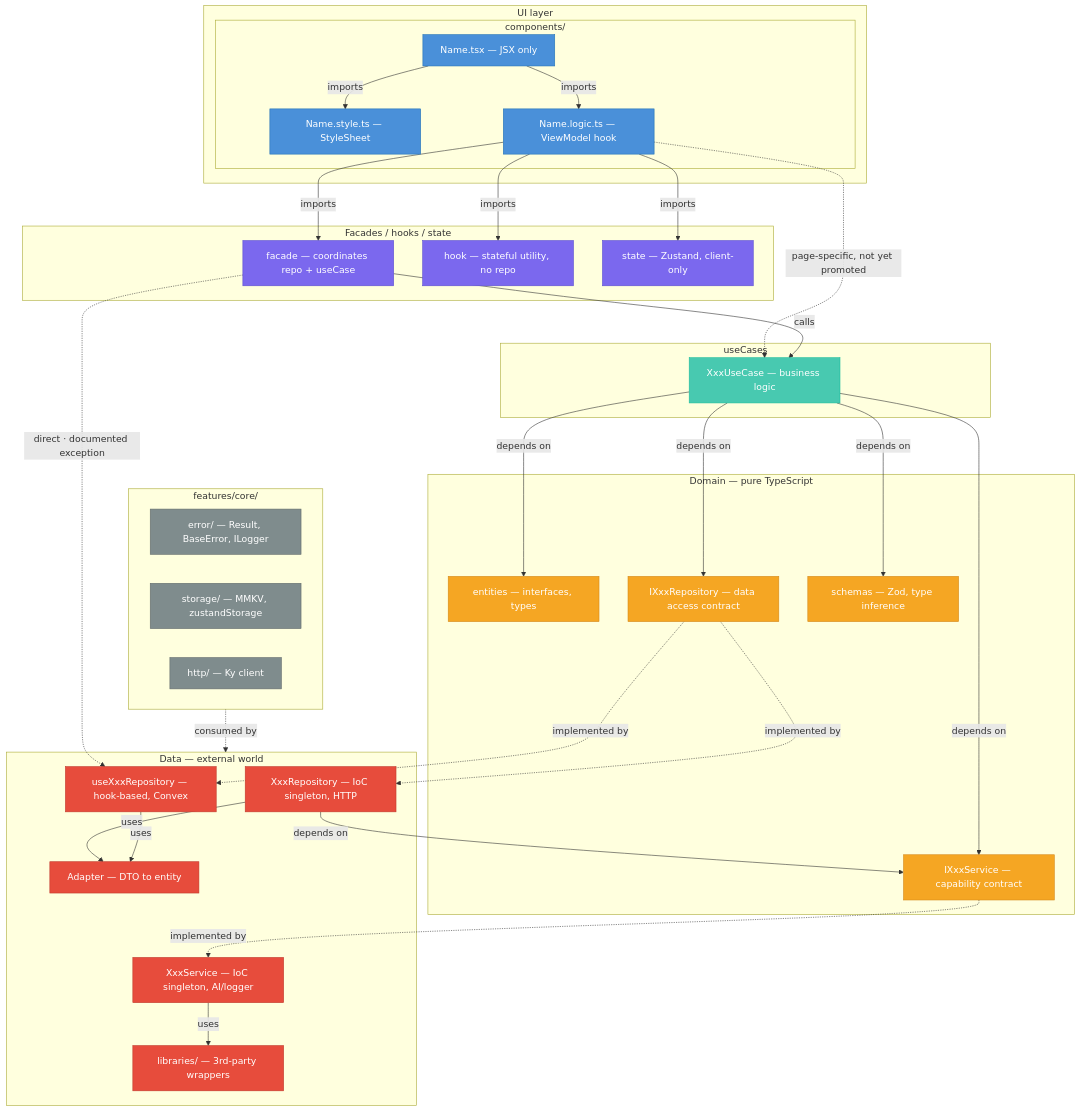
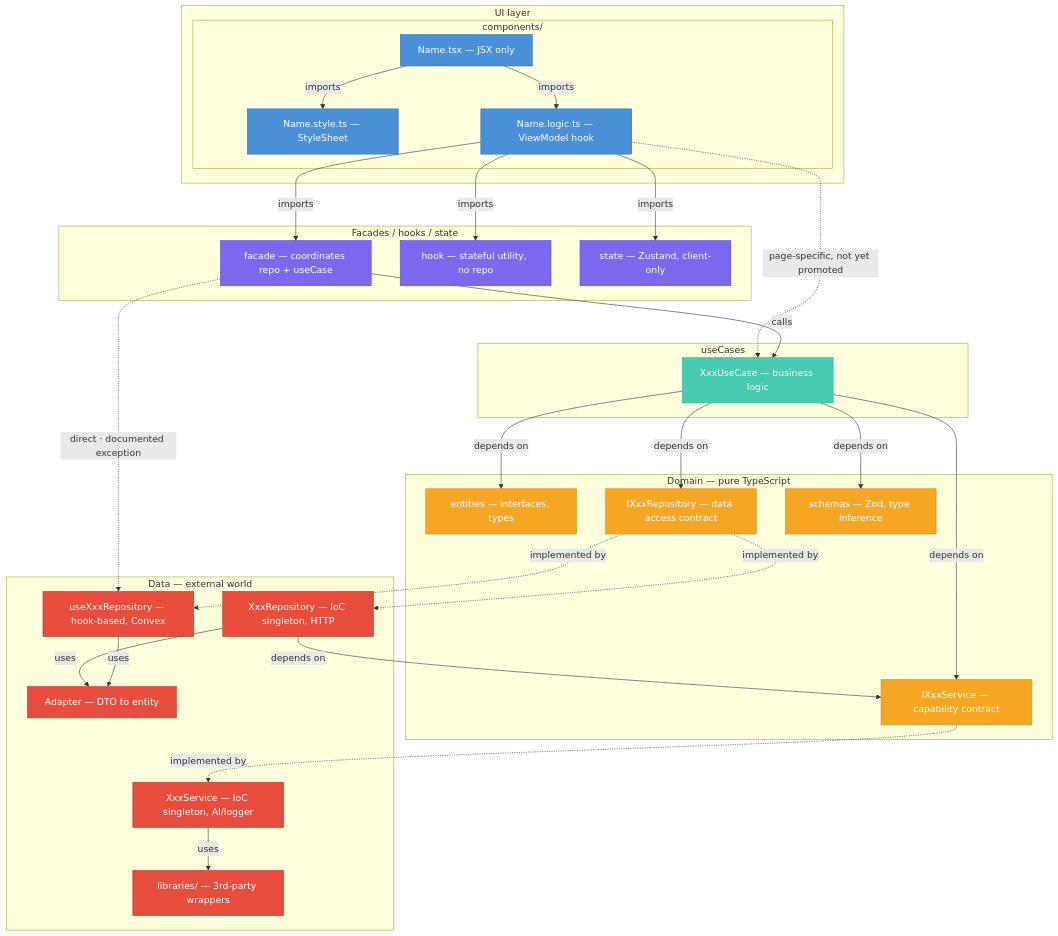
Before and after one commit to timothyrusso/HolidAI: the diagram in wiki/docs/diagrams/architecture.mermaid, drawn with Mermaid. The commit also changed 3 other files, not shown here.

```diff
--- a/wiki/docs/diagrams/architecture.mermaid
+++ b/wiki/docs/diagrams/architecture.mermaid
@@ -1,76 +1,68 @@
 %% Preview options:
 %% - VS Code extension : https://github.com/Mermaid-Chart/vscode-mermaid-chart
 %% - Online viewer     : https://mermaid.live/
 
 flowchart TD
     classDef ui       fill:#4A90D9,stroke:#2171B5,color:#fff
     classDef facade   fill:#7B68EE,stroke:#5A4FCF,color:#fff
     classDef usecase  fill:#48C9B0,stroke:#1ABC9C,color:#fff
     classDef domain   fill:#F5A623,stroke:#D4891A,color:#fff
     classDef data     fill:#E74C3C,stroke:#C0392B,color:#fff
     classDef core     fill:#7F8C8D,stroke:#616A6B,color:#fff
 
     subgraph UI["UI layer"]
         subgraph Components["components/"]
             TSX["Name.tsx — JSX only"]:::ui
             STY["Name.style.ts — StyleSheet"]:::ui
             LOG["Name.logic.ts — ViewModel hook"]:::ui
             TSX -->|"imports"| STY
             TSX -->|"imports"| LOG
         end
     end
 
     subgraph FHS["Facades / hooks / state"]
         FAC["facade — coordinates repo + useCase"]:::facade
         HOK["hook — stateful utility, no repo"]:::facade
         STA["state — Zustand, client-only"]:::facade
     end
 
     subgraph UC["useCases"]
         USE["XxxUseCase — business logic"]:::usecase
     end
 
     subgraph DOM["Domain — pure TypeScript"]
         ENT["entities — interfaces, types"]:::domain
         IREP["IXxxRepository — data access contract"]:::domain
         ISVC["IXxxService — capability contract"]:::domain
         SCH["schemas — Zod, type inference"]:::domain
     end
 
-    subgraph CORE["features/core/"]
-        ERR["error/ — Result, BaseError, ILogger"]:::core
-        STOR["storage/ — MMKV, zustandStorage"]:::core
-        HTTP["http/ — Ky client"]:::core
-    end
-
     subgraph DAT["Data — external world"]
         HREP["useXxxRepository — hook-based, Convex"]:::data
         CREP["XxxRepository — IoC singleton, HTTP"]:::data
         ADA["Adapter — DTO to entity"]:::data
         SVC["XxxService — IoC singleton, AI/logger"]:::data
         LIB["libraries/ — 3rd-party wrappers"]:::data
     end
 
     LOG -->|"imports"| FAC
     LOG -->|"imports"| HOK
     LOG -->|"imports"| STA
     LOG -.->|"page-specific, not yet promoted"| USE
 
     FAC -->|"calls"| USE
     FAC -.->|"direct · documented exception"| HREP
 
     USE -->|"depends on"| ENT
     USE -->|"depends on"| IREP
     USE -->|"depends on"| ISVC
     USE -->|"depends on"| SCH
 
     IREP -.->|"implemented by"| HREP
     IREP -.->|"implemented by"| CREP
     ISVC -.->|"implemented by"| SVC
 
     CREP -->|"depends on"| ISVC
     CREP -->|"uses"| ADA
     HREP -->|"uses"| ADA
     SVC -->|"uses"| LIB
-
-    CORE -.->|"consumed by"| DAT
```
